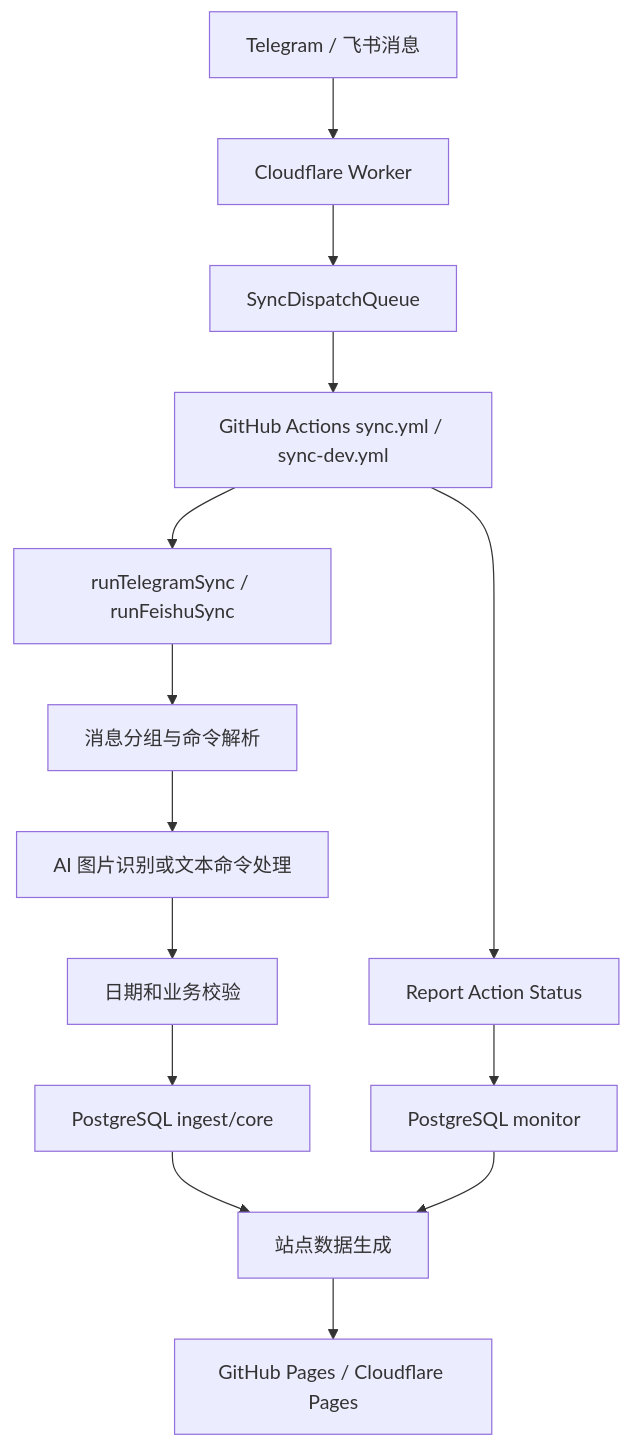
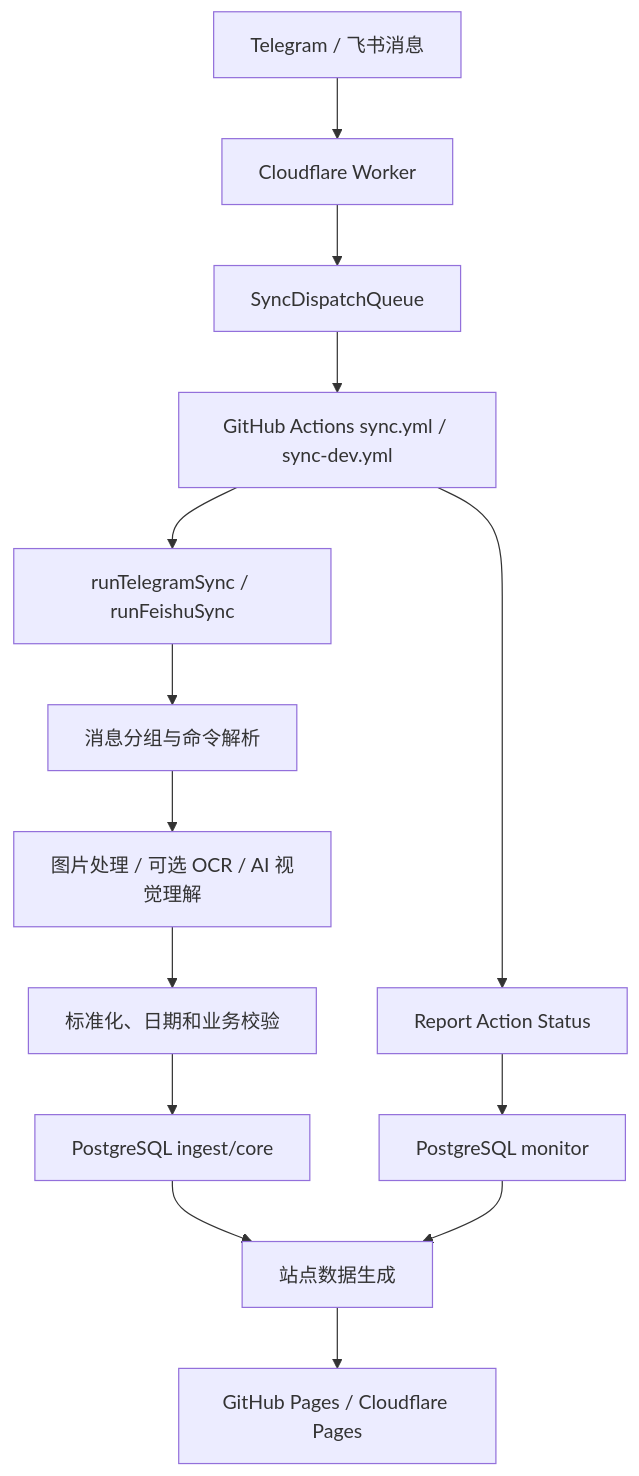
The diagram in docs/02_系统核心逻辑/系统总览.md (soulgo/training_records), drawn with Mermaid before and after one commit. The commit also changed other lines of this file and 75 other files, not shown here.

Commit message:
重构：升级通用截图识别与数据链路

````diff
--- a/docs/02_系统核心逻辑/系统总览.md
+++ b/docs/02_系统核心逻辑/系统总览.md
@@ -9,16 +9,16 @@
 ```mermaid
 flowchart TD
   A[Telegram / 飞书消息] --> B[Cloudflare Worker]
   B --> C[SyncDispatchQueue]
   C --> D[GitHub Actions sync.yml / sync-dev.yml]
   D --> E[runTelegramSync / runFeishuSync]
   E --> F[消息分组与命令解析]
-  F --> G[AI 图片识别或文本命令处理]
-  G --> H[日期和业务校验]
+  F --> G[图片处理 / 可选 OCR / AI 视觉理解]
+  G --> H[标准化、日期和业务校验]
   H --> I[PostgreSQL ingest/core]
   I --> J[站点数据生成]
   J --> K[GitHub Pages / Cloudflare Pages]
   D --> L[Report Action Status]
   L --> M[PostgreSQL monitor]
   M --> J
 ```
````
